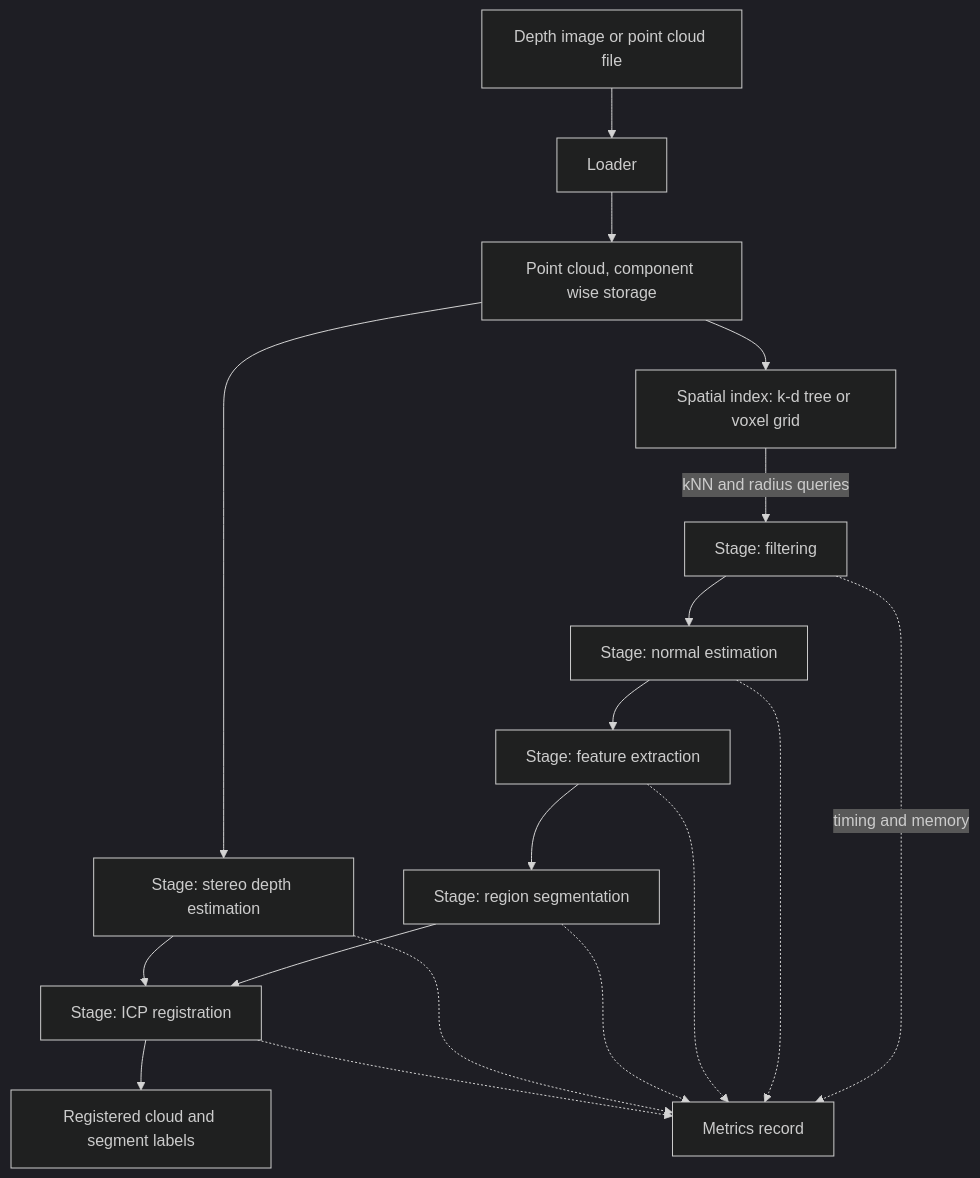
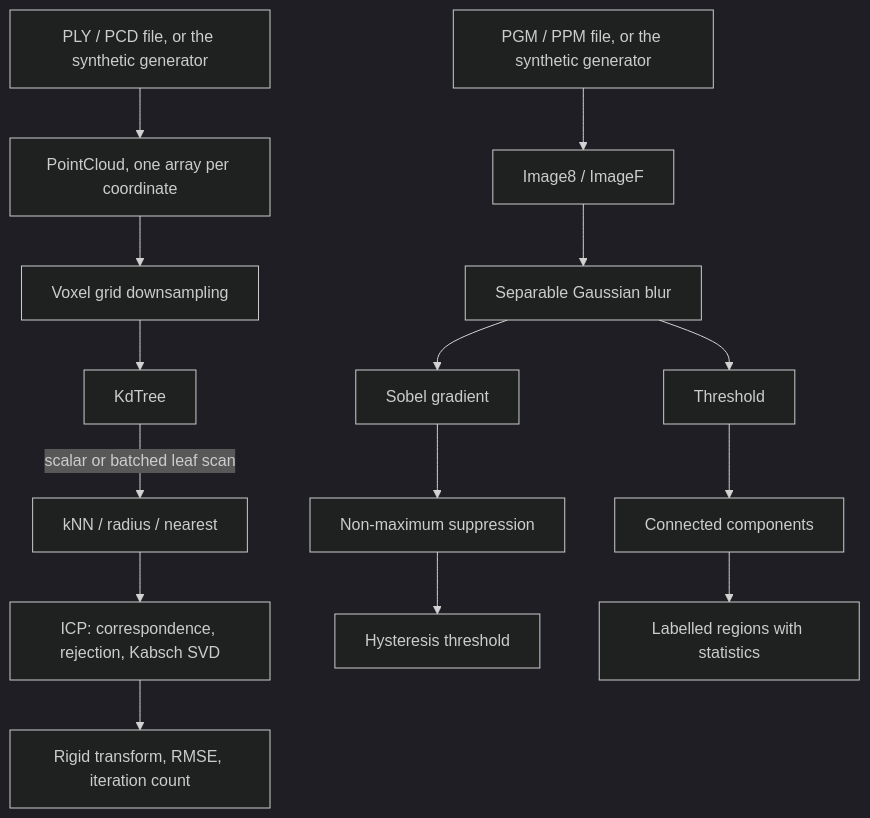
The diagram in README.md (Alex-Tsvetanov/pointforge), drawn with Mermaid (dark theme) before and after one commit. The commit also changed other lines of this file and 10 other files, not shown here.

````diff
--- a/README.md
+++ b/README.md
@@ -48,20 +50,18 @@
 ```mermaid
 flowchart TD
-    A[Depth image or point cloud file] --> B[Loader]
-    B --> C[Point cloud, component wise storage]
-    C --> D[Spatial index: k-d tree or voxel grid]
-    D -->|kNN and radius queries| E[Stage: filtering]
-    E --> F[Stage: normal estimation]
-    F --> G[Stage: feature extraction]
-    G --> H[Stage: region segmentation]
-    C --> I[Stage: stereo depth estimation]
-    H --> J[Stage: ICP registration]
-    I --> J
-    J --> K[Registered cloud and segment labels]
-    E -.timing and memory.-> M[Metrics record]
-    F -.-> M
-    G -.-> M
-    H -.-> M
-    I -.-> M
-    J -.-> M
+    A[PLY / PCD file, or the synthetic generator] --> B[PointCloud, one array per coordinate]
+    B --> C[Voxel grid downsampling]
+    C --> D[KdTree]
+    D -->|scalar or batched leaf scan| E[kNN / radius / nearest]
+    E --> F[ICP: correspondence, rejection, Kabsch SVD]
+    F --> G[Rigid transform, RMSE, iteration count]
+
+    H[PGM / PPM file, or the synthetic generator] --> I[Image8 / ImageF]
+    I --> J[Separable Gaussian blur]
+    J --> K[Sobel gradient]
+    K --> L[Non-maximum suppression]
+    L --> M[Hysteresis threshold]
+    J --> N[Threshold]
+    N --> O[Connected components]
+    O --> P[Labelled regions with statistics]
 ```
````
